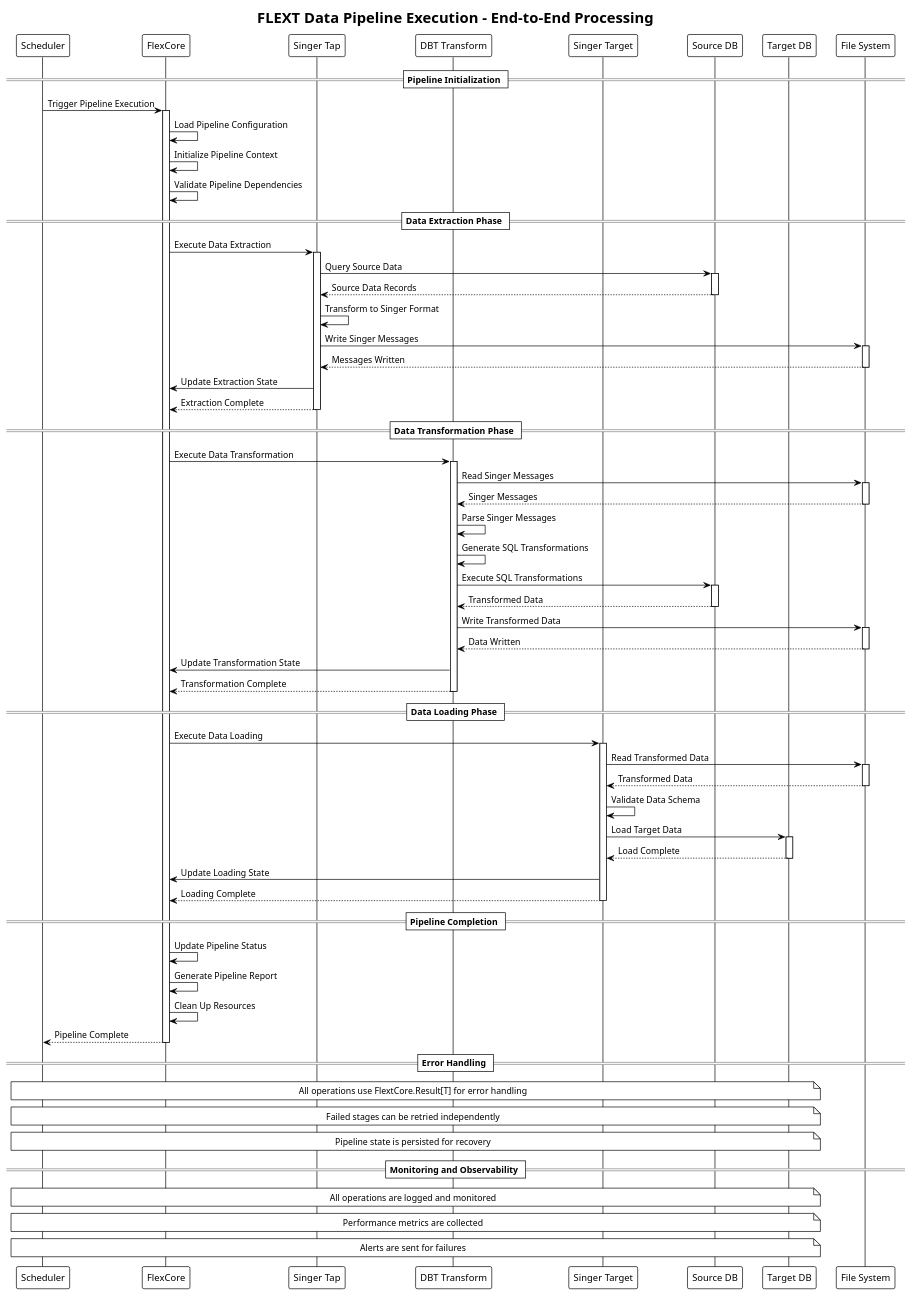
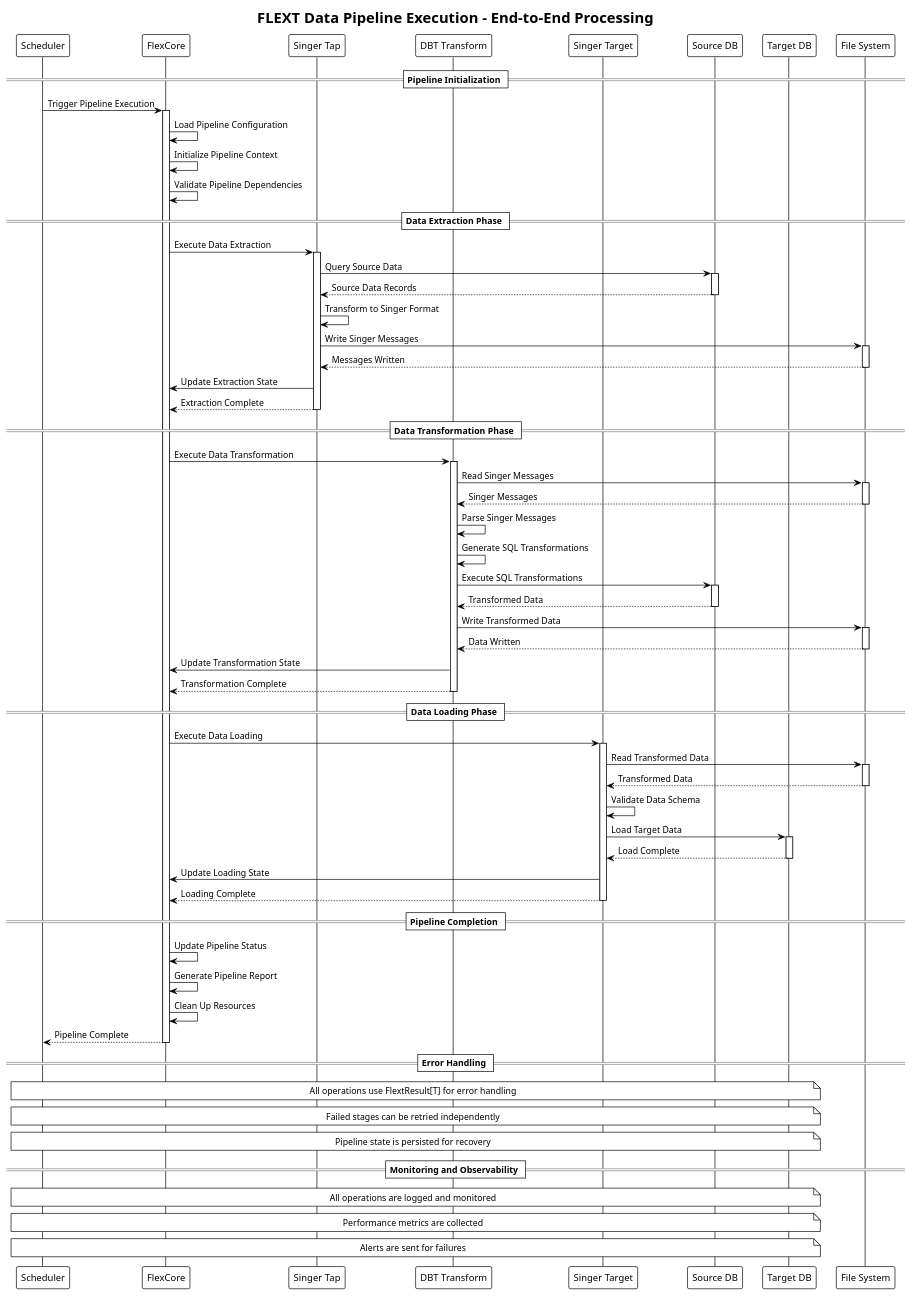
One commit to flext-sh/flext changed the diagram in docs/architecture/plantuml/sequence-diagrams/data-pipeline-execution.puml. Above: the diagram before and after it, drawn with PlantUML. The commit also changed 372 other files, not shown here.

```diff
--- a/docs/architecture/plantuml/sequence-diagrams/data-pipeline-execution.puml
+++ b/docs/architecture/plantuml/sequence-diagrams/data-pipeline-execution.puml
@@ -1,103 +1,103 @@
 @startuml Data Pipeline Execution
 !theme plain
 title FLEXT Data Pipeline Execution - End-to-End Processing
 
 participant "Scheduler" as SCHED
 participant "FlexCore" as FC
 participant "Singer Tap" as TAP
 participant "DBT Transform" as DBT
 participant "Singer Target" as TARGET
 participant "Source DB" as SRC_DB
 participant "Target DB" as TGT_DB
 participant "File System" as FS
 
 == Pipeline Initialization ==
 SCHED -> FC: Trigger Pipeline Execution
 activate FC
 
 FC -> FC: Load Pipeline Configuration
 FC -> FC: Initialize Pipeline Context
 FC -> FC: Validate Pipeline Dependencies
 
 == Data Extraction Phase ==
 FC -> TAP: Execute Data Extraction
 activate TAP
 
 TAP -> SRC_DB: Query Source Data
 activate SRC_DB
 SRC_DB --> TAP: Source Data Records
 deactivate SRC_DB
 
 TAP -> TAP: Transform to Singer Format
 TAP -> FS: Write Singer Messages
 activate FS
 FS --> TAP: Messages Written
 deactivate FS
 
 TAP -> FC: Update Extraction State
 TAP --> FC: Extraction Complete
 deactivate TAP
 
 == Data Transformation Phase ==
 FC -> DBT: Execute Data Transformation
 activate DBT
 
 DBT -> FS: Read Singer Messages
 activate FS
 FS --> DBT: Singer Messages
 deactivate FS
 
 DBT -> DBT: Parse Singer Messages
 DBT -> DBT: Generate SQL Transformations
 DBT -> SRC_DB: Execute SQL Transformations
 activate SRC_DB
 SRC_DB --> DBT: Transformed Data
 deactivate SRC_DB
 
 DBT -> FS: Write Transformed Data
 activate FS
 FS --> DBT: Data Written
 deactivate FS
 
 DBT -> FC: Update Transformation State
 DBT --> FC: Transformation Complete
 deactivate DBT
 
 == Data Loading Phase ==
 FC -> TARGET: Execute Data Loading
 activate TARGET
 
 TARGET -> FS: Read Transformed Data
 activate FS
 FS --> TARGET: Transformed Data
 deactivate FS
 
 TARGET -> TARGET: Validate Data Schema
 TARGET -> TGT_DB: Load Target Data
 activate TGT_DB
 TGT_DB --> TARGET: Load Complete
 deactivate TGT_DB
 
 TARGET -> FC: Update Loading State
 TARGET --> FC: Loading Complete
 deactivate TARGET
 
 == Pipeline Completion ==
 FC -> FC: Update Pipeline Status
 FC -> FC: Generate Pipeline Report
 FC -> FC: Clean Up Resources
 
 FC --> SCHED: Pipeline Complete
 deactivate FC
 
 == Error Handling ==
-note over SCHED, TGT_DB: All operations use FlextCore.Result[T] for error handling
+note over SCHED, TGT_DB: All operations use FlextResult[T] for error handling
 note over SCHED, TGT_DB: Failed stages can be retried independently
 note over SCHED, TGT_DB: Pipeline state is persisted for recovery
 
 == Monitoring and Observability ==
 note over SCHED, TGT_DB: All operations are logged and monitored
 note over SCHED, TGT_DB: Performance metrics are collected
 note over SCHED, TGT_DB: Alerts are sent for failures
 
 @enduml
```
